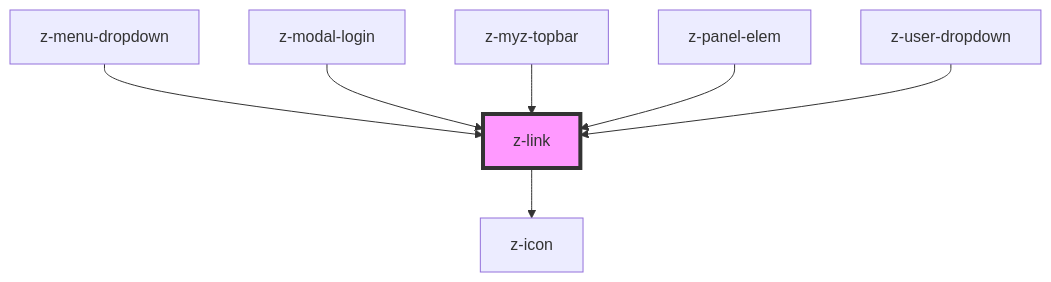
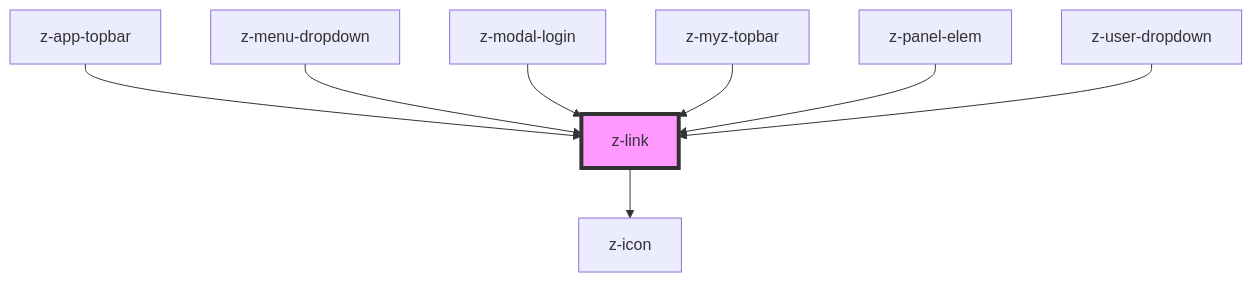
One commit to ZanichelliEditore/design-system changed the diagram in src/components/navigation/z-link/readme.md. Above: the diagram before and after it, drawn with Mermaid. The commit also changed other lines of this file and 11 other files, not shown here.

Commit message:
refactor: adjust z-app-topbar to new design specifications

````diff
--- a/src/components/navigation/z-link/readme.md
+++ b/src/components/navigation/z-link/readme.md
@@ -63,10 +64,11 @@
 ```mermaid
 graph TD;
   z-link --> z-icon
+  z-app-topbar --> z-link
   z-menu-dropdown --> z-link
   z-modal-login --> z-link
   z-myz-topbar --> z-link
   z-panel-elem --> z-link
   z-user-dropdown --> z-link
   style z-link fill:#f9f,stroke:#333,stroke-width:4px
 ```
````
